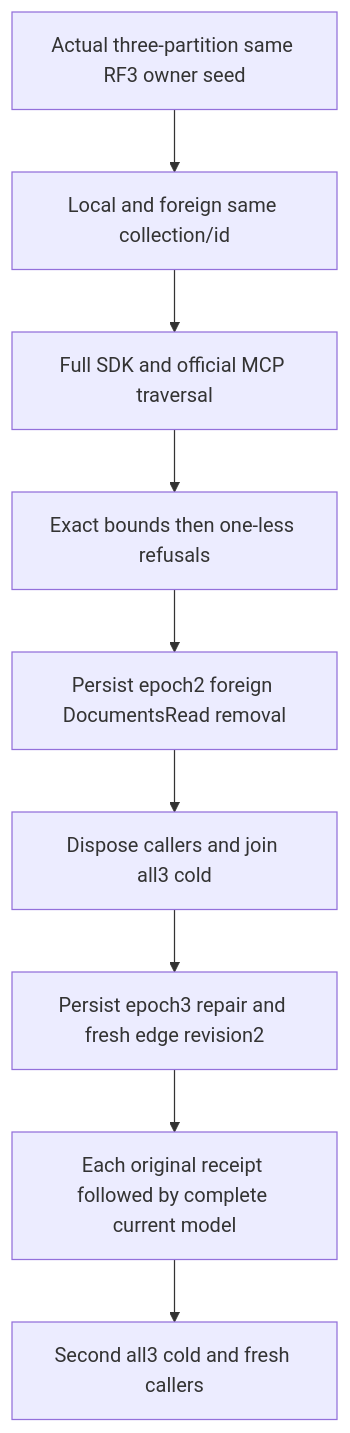
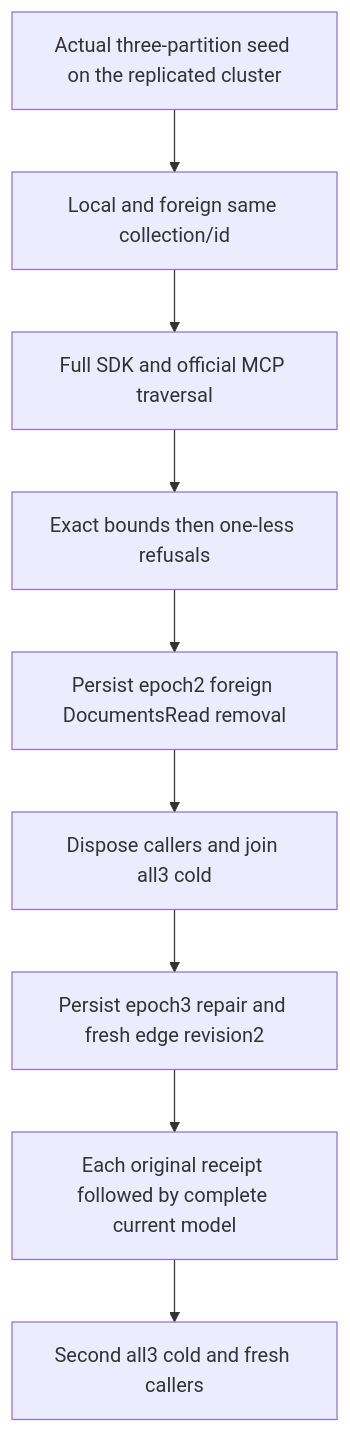
One commit to managedcode/KeyLoad changed the diagram in docs/Features/GraphTraversal/CrossAuthorityPublic.md. Above: the diagram before and after it, drawn with Mermaid. The commit also changed other lines of this file and 271 other files, not shown here.

````diff
--- a/docs/Features/GraphTraversal/CrossAuthorityPublic.md
+++ b/docs/Features/GraphTraversal/CrossAuthorityPublic.md
@@ -14,11 +14,11 @@
 ```mermaid
 flowchart TD
- Seed[Actual three-partition same RF3 owner seed] --> Collision[Local and foreign same collection/id]
+ Seed[Actual three-partition seed on the replicated cluster] --> Collision[Local and foreign same collection/id]
  Collision --> Read[Full SDK and official MCP traversal]
  Read --> Bound[Exact bounds then one-less refusals]
  Bound --> Revoke[Persist epoch2 foreign DocumentsRead removal]
  Revoke --> Cold1[Dispose callers and join all3 cold]
  Cold1 --> Repair[Persist epoch3 repair and fresh edge revision2]
  Repair --> Replay[Each original receipt followed by complete current model]
  Replay --> Cold2[Second all3 cold and fresh callers]
 ```
````
